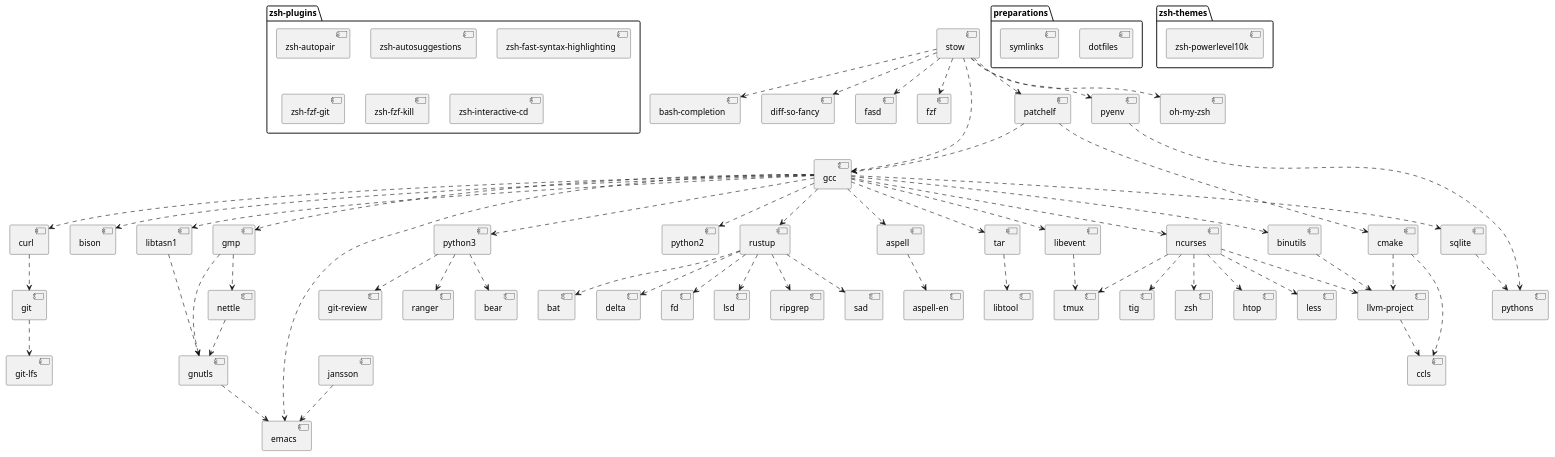
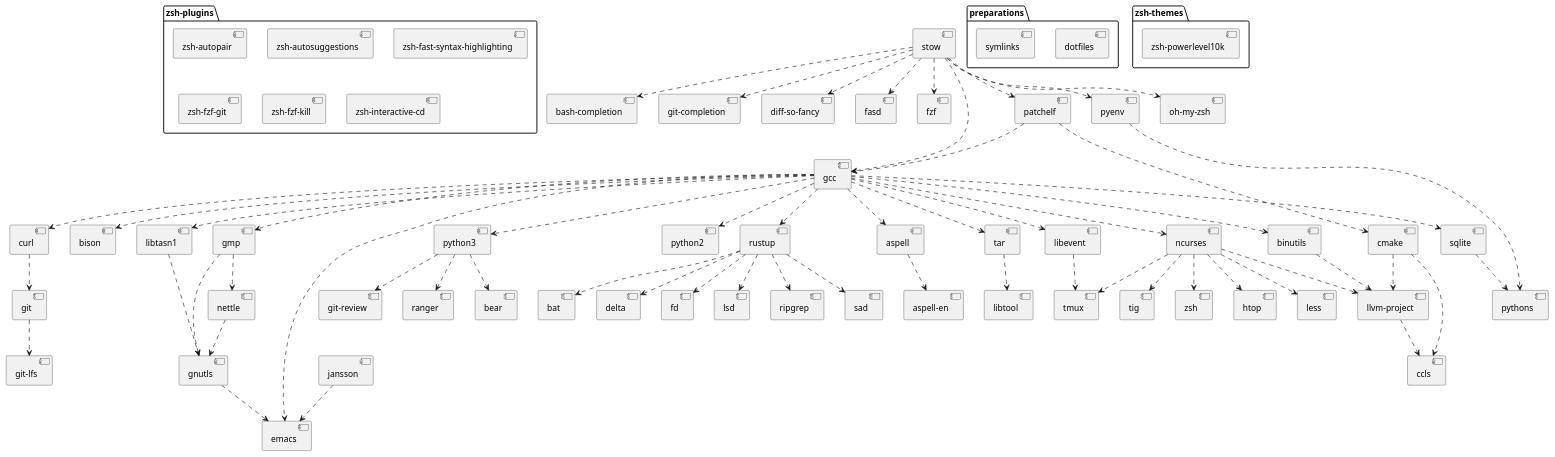
Before and after one commit to gessen/linsee-pkgs: the diagram in deps.plantuml, drawn with PlantUML. The commit also changed 1 other file, not shown here.

Commit message:
git: use git-completion

```diff
--- a/deps.plantuml
+++ b/deps.plantuml
@@ -1,95 +1,96 @@
 @startuml
 
 package "preparations" {
   [dotfiles]
   [symlinks]
 }
 
 package "zsh-plugins" {
   [zsh-autopair]
   [zsh-autosuggestions]
   [zsh-fast-syntax-highlighting]
   [zsh-fzf-git]
   [zsh-fzf-kill]
   [zsh-interactive-cd]
 }
 
 package "zsh-themes" {
   [zsh-powerlevel10k]
 }
 
 [stow] ..> [bash-completion]
+[stow] ..> [git-completion]
 [stow] ..> [diff-so-fancy]
 [stow] ..> [fasd]
 [stow] ..> [fzf]
 [stow] ..> [gcc]
 [stow] ..> [oh-my-zsh]
 [stow] ..> [patchelf]
 [stow] ..> [pyenv]
 
 [patchelf] ..> [gcc]
 [patchelf] ..> [cmake]
 
 [gcc] ..> [aspell]
 [gcc] ..> [binutils]
 [gcc] ..> [bison]
 [gcc] ..> [curl]
 [gcc] ..> [emacs]
 [gcc] ..> [gmp]
 [gcc] ..> [libevent]
 [gcc] ..> [libtasn1]
 [gcc] ..> [ncurses]
 [gcc] ..> [python2]
 [gcc] ..> [python3]
 [gcc] ..> [rustup]
 [gcc] ..> [sqlite]
 [gcc] ..> [tar]
 
 [cmake] ..> [ccls]
 [cmake] ..> [llvm-project]
 
 [pyenv] ..> [pythons]
 [sqlite] ..> [pythons]
 
 [python3] ..> [bear]
 [python3] ..> [git-review]
 [python3] ..> [ranger]
 
 [gmp] ..> [nettle]
 [gmp] ..> [gnutls]
 
 [libtasn1] ..> [gnutls]
 [nettle] ..> [gnutls]
 
 [gnutls] ..> [emacs]
 [jansson] ..> [emacs]
 
 [aspell] ..> [aspell-en]
 
 [binutils] ..> [llvm-project]
 
 [tar] ..> [libtool]
 
 [ncurses] ..> [htop]
 [ncurses] ..> [less]
 [ncurses] ..> [llvm-project]
 [ncurses] ..> [tig]
 [ncurses] ..> [tmux]
 [ncurses] ..> [zsh]
 
 [libevent] ..> [tmux]
 
 [curl] ..> [git]
 
 [git] ..> [git-lfs]
 
 [llvm-project] ..> [ccls]
 
 [rustup] ..> [bat]
 [rustup] ..> [delta]
 [rustup] ..> [fd]
 [rustup] ..> [lsd]
 [rustup] ..> [ripgrep]
 [rustup] ..> [sad]
 
 @enduml
```
